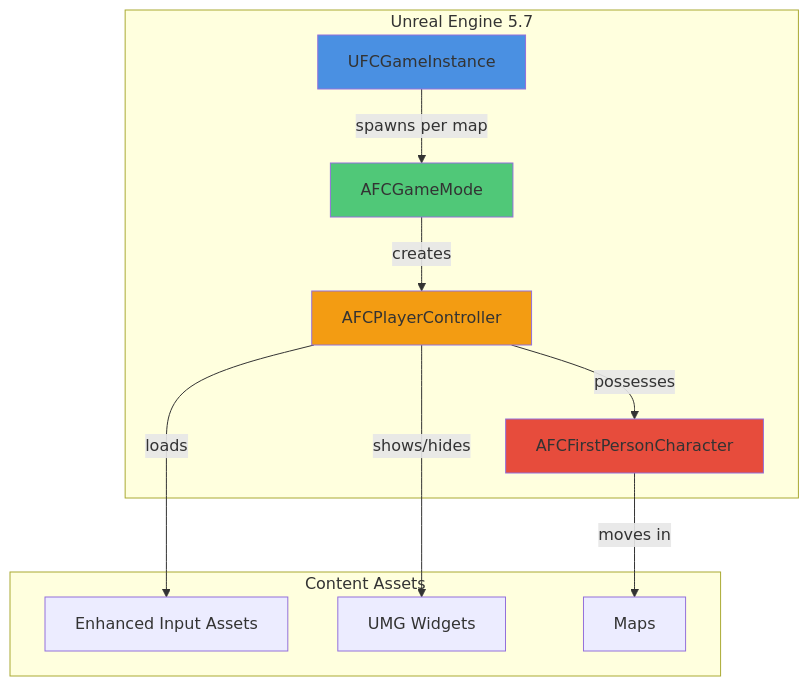
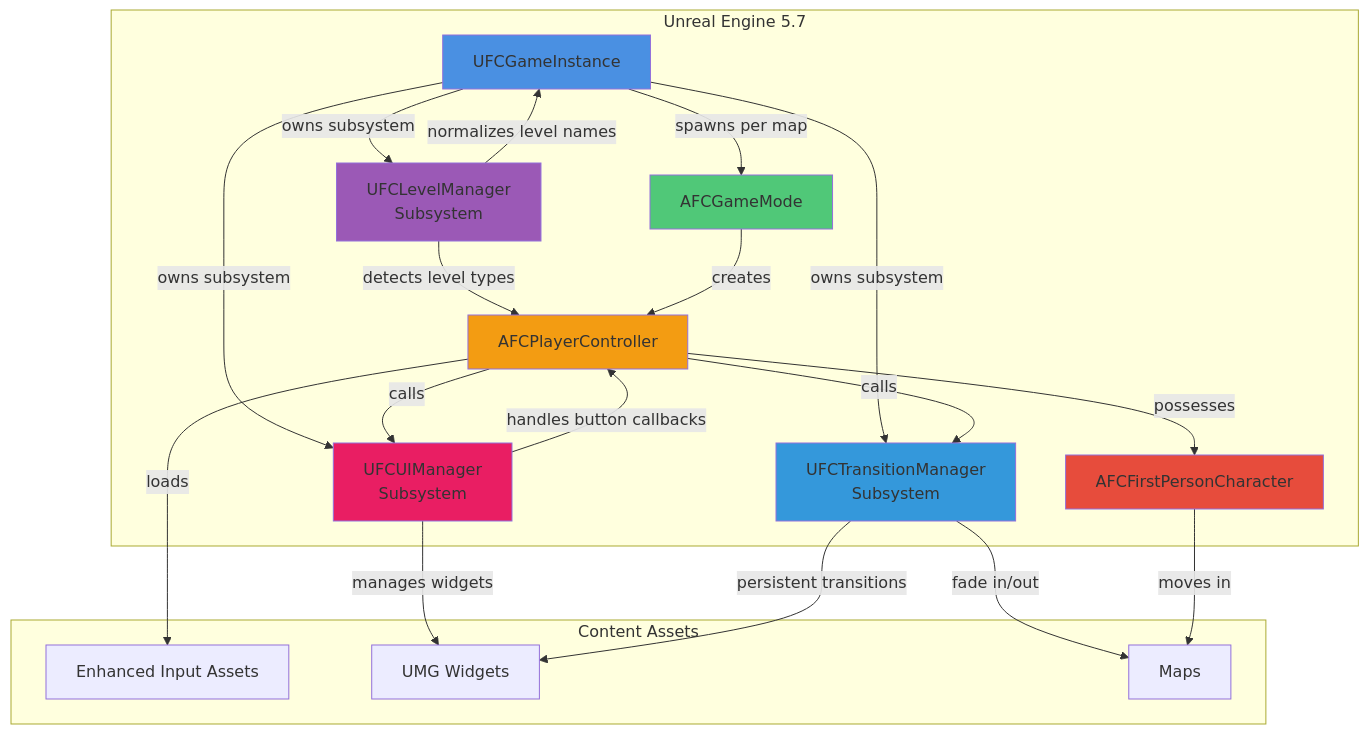
One commit to SLoebelt/fallen_compass changed the first of 10 diagrams in Docs/Technical_Documentation.md. Above: the diagram before and after it, drawn with Mermaid. The commit also changed other lines of this file and 2 other files, not shown here.

````diff
--- a/Docs/Technical_Documentation.md
+++ b/Docs/Technical_Documentation.md
@@ -24,27 +24,43 @@
 ```mermaid
 flowchart TB
     subgraph Engine["Unreal Engine 5.7"]
         GI[UFCGameInstance]
+        LM[UFCLevelManager<br/>Subsystem]
+        UM[UFCUIManager<br/>Subsystem]
+        TM[UFCTransitionManager<br/>Subsystem]
         GM[AFCGameMode]
         PC[AFCPlayerController]
         Pawn[AFCFirstPersonCharacter]
     end
 
     subgraph Content["Content Assets"]
         Input[Enhanced Input Assets]
         UI[UMG Widgets]
         Levels[Maps]
     end
 
+    GI -->|owns subsystem| LM
+    GI -->|owns subsystem| UM
+    GI -->|owns subsystem| TM
+    LM -->|normalizes level names| GI
+    LM -->|detects level types| PC
+    UM -->|manages widgets| UI
+    UM -->|handles button callbacks| PC
+    TM -->|persistent transitions| UI
+    TM -->|fade in/out| Levels
     GI -->|spawns per map| GM
     GM -->|creates| PC
     PC -->|possesses| Pawn
     PC -->|loads| Input
-    PC -->|shows/hides| UI
+    PC -->|calls| UM
+    PC -->|calls| TM
     Pawn -->|moves in| Levels
 
     style GI fill:#4a90e2
+    style LM fill:#9b59b6
+    style UM fill:#e91e63
+    style TM fill:#3498db
     style GM fill:#50c878
     style PC fill:#f39c12
     style Pawn fill:#e74c3c
 ```
````
